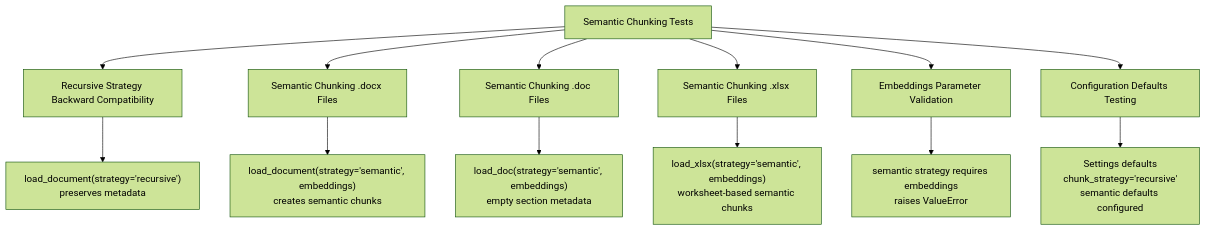
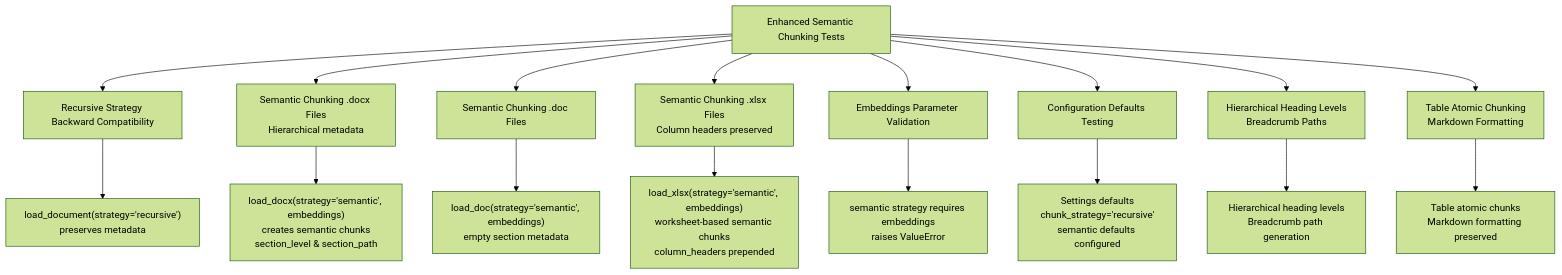
One commit to ognelis/cafetera_hr_bot changed the tenth of 14 diagrams in .qoder/repowiki/en/content/RAG Integration/RAG Parser Enhancement.md. Above: the diagram before and after it, drawn with Mermaid (forest theme). The commit also changed other lines of this file and 2 other files, not shown here.

````diff
--- a/.qoder/repowiki/en/content/RAG Integration/RAG Parser Enhancement.md
+++ b/.qoder/repowiki/en/content/RAG Integration/RAG Parser Enhancement.md
@@ -469,15 +500,19 @@
 ```mermaid
 flowchart TD
-TestSuite["Semantic Chunking Tests"] --> RecursiveCompat["Recursive Strategy Backward Compatibility"]
-TestSuite --> SemanticDocx["Semantic Chunking .docx Files"]
+TestSuite["Enhanced Semantic Chunking Tests"] --> RecursiveCompat["Recursive Strategy Backward Compatibility"]
+TestSuite --> SemanticDocx["Semantic Chunking .docx Files<br/>Hierarchical metadata"]
 TestSuite --> SemanticDoc["Semantic Chunking .doc Files"]
-TestSuite --> SemanticXlsx["Semantic Chunking .xlsx Files"]
+TestSuite --> SemanticXlsx["Semantic Chunking .xlsx Files<br/>Column headers preserved"]
 TestSuite --> EmbeddingsValidation["Embeddings Parameter Validation"]
 TestSuite --> ConfigDefaults["Configuration Defaults Testing"]
+TestSuite --> HeadingLevels["Hierarchical Heading Levels<br/>Breadcrumb Paths"]
+TestSuite --> TableChunks["Table Atomic Chunking<br/>Markdown Formatting"]
 RecursiveCompat --> Test1["load_document(strategy='recursive')<br/>preserves metadata"]
-SemanticDocx --> Test2["load_document(strategy='semantic', embeddings)<br/>creates semantic chunks"]
+SemanticDocx --> Test2["load_docx(strategy='semantic', embeddings)<br/>creates semantic chunks<br/>section_level & section_path"]
 SemanticDoc --> Test3["load_doc(strategy='semantic', embeddings)<br/>empty section metadata"]
-SemanticXlsx --> Test4["load_xlsx(strategy='semantic', embeddings)<br/>worksheet-based semantic chunks"]
+SemanticXlsx --> Test4["load_xlsx(strategy='semantic', embeddings)<br/>worksheet-based semantic chunks<br/>column_headers prepended"]
 EmbeddingsValidation --> Test5["semantic strategy requires embeddings<br/>raises ValueError"]
 ConfigDefaults --> Test6["Settings defaults<br/>chunk_strategy='recursive'<br/>semantic defaults configured"]
+HeadingLevels --> Test7["Hierarchical heading levels<br/>Breadcrumb path generation"]
+TableChunks --> Test8["Table atomic chunks<br/>Markdown formatting preserved"]
 ```
````
